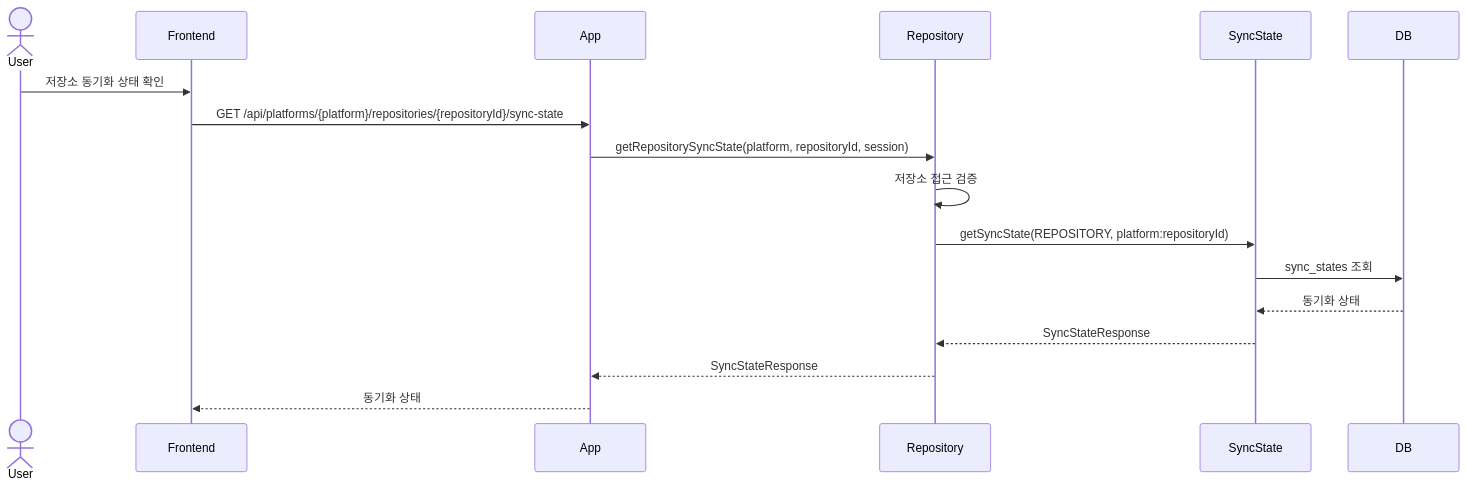
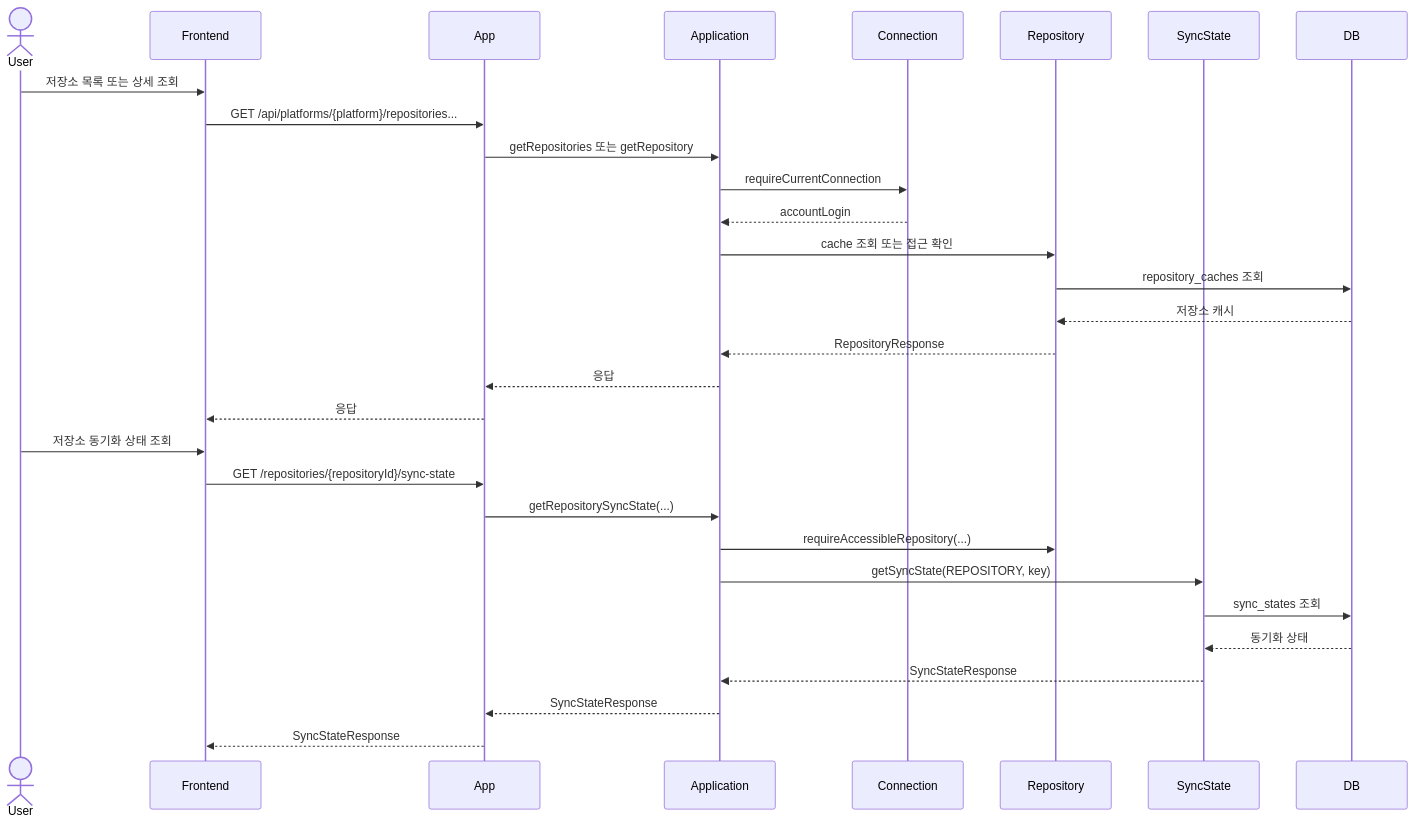
Before and after one commit to Jungwoook/github-issue-manager: the fourth of 7 diagrams in docs/11-use-case-sequence-diagrams.md, drawn with Mermaid. The commit also changed other lines of this file and 10 other files, not shown here.

````diff
--- a/docs/11-use-case-sequence-diagrams.md
+++ b/docs/11-use-case-sequence-diagrams.md
@@ -196,20 +109,34 @@
 ```mermaid
 sequenceDiagram
     actor User
     participant Frontend
     participant App
+    participant Application
+    participant Connection
     participant Repository
     participant SyncState
     participant DB
 
-    User->>Frontend: 저장소 동기화 상태 확인
-    Frontend->>App: GET /api/platforms/{platform}/repositories/{repositoryId}/sync-state
-    App->>Repository: getRepositorySyncState(platform, repositoryId, session)
-    Repository->>Repository: 저장소 접근 검증
-    Repository->>SyncState: getSyncState(REPOSITORY, platform:repositoryId)
+    User->>Frontend: 저장소 목록 또는 상세 조회
+    Frontend->>App: GET /api/platforms/{platform}/repositories...
+    App->>Application: getRepositories 또는 getRepository
+    Application->>Connection: requireCurrentConnection
+    Connection-->>Application: accountLogin
+    Application->>Repository: cache 조회 또는 접근 확인
+    Repository->>DB: repository_caches 조회
+    DB-->>Repository: 저장소 캐시
+    Repository-->>Application: RepositoryResponse
+    Application-->>App: 응답
+    App-->>Frontend: 응답
+
+    User->>Frontend: 저장소 동기화 상태 조회
+    Frontend->>App: GET /repositories/{repositoryId}/sync-state
+    App->>Application: getRepositorySyncState(...)
+    Application->>Repository: requireAccessibleRepository(...)
+    Application->>SyncState: getSyncState(REPOSITORY, key)
     SyncState->>DB: sync_states 조회
     DB-->>SyncState: 동기화 상태
-    SyncState-->>Repository: SyncStateResponse
-    Repository-->>App: SyncStateResponse
-    App-->>Frontend: 동기화 상태
+    SyncState-->>Application: SyncStateResponse
+    Application-->>App: SyncStateResponse
+    App-->>Frontend: SyncStateResponse
 ```
````
